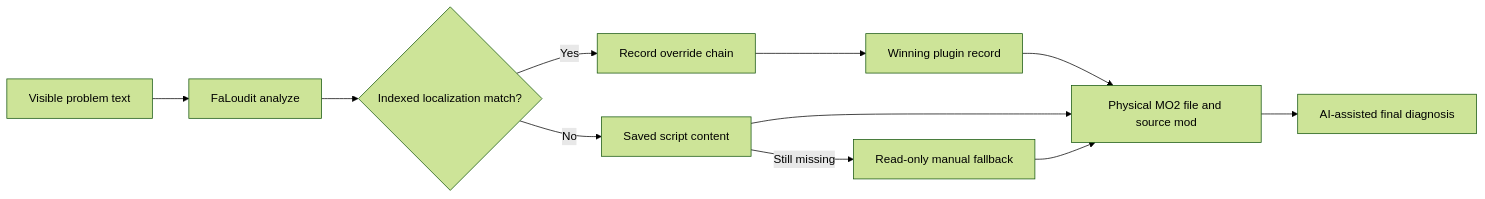
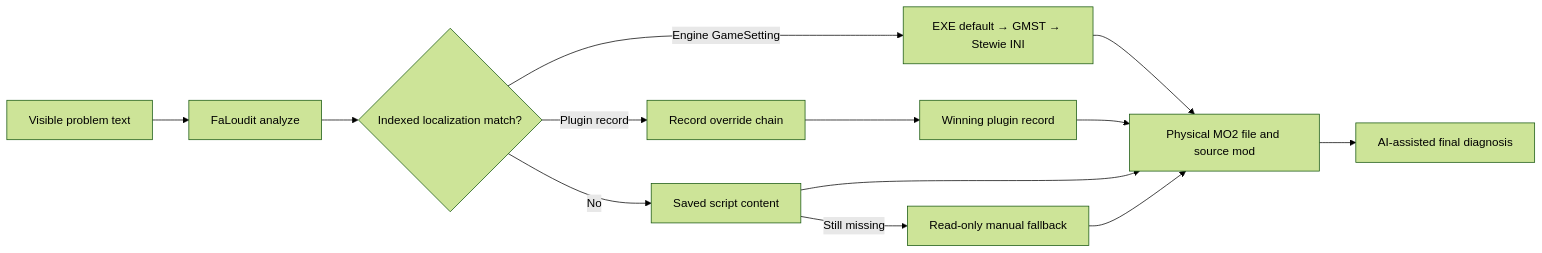
One commit to YAMium/FaLoudit changed the diagram in README.md. Above: the diagram before and after it, drawn with Mermaid (forest theme). The commit also changed other lines of this file and 25 other files, not shown here.

Commit message:
feat: index engine string GameSettings

````diff
--- a/README.md
+++ b/README.md
@@ -58,13 +58,15 @@
 ```mermaid
 flowchart LR
     A[Visible problem text] --> B[FaLoudit analyze]
     B --> C{Indexed localization match?}
-    C -->|Yes| D[Record override chain]
+    C -->|Plugin record| D[Record override chain]
+    C -->|Engine GameSetting| J[EXE default → GMST → Stewie INI]
     C -->|No| E[Saved script content]
     E -->|Still missing| F[Read-only manual fallback]
     D --> G[Winning plugin record]
+    J --> H
     G --> H[Physical MO2 file and source mod]
     E --> H
     F --> H
     H --> I[AI-assisted final diagnosis]
 ```
````
